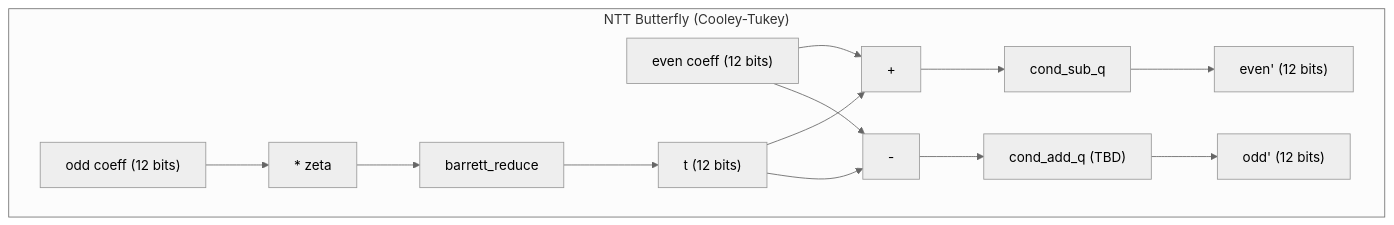
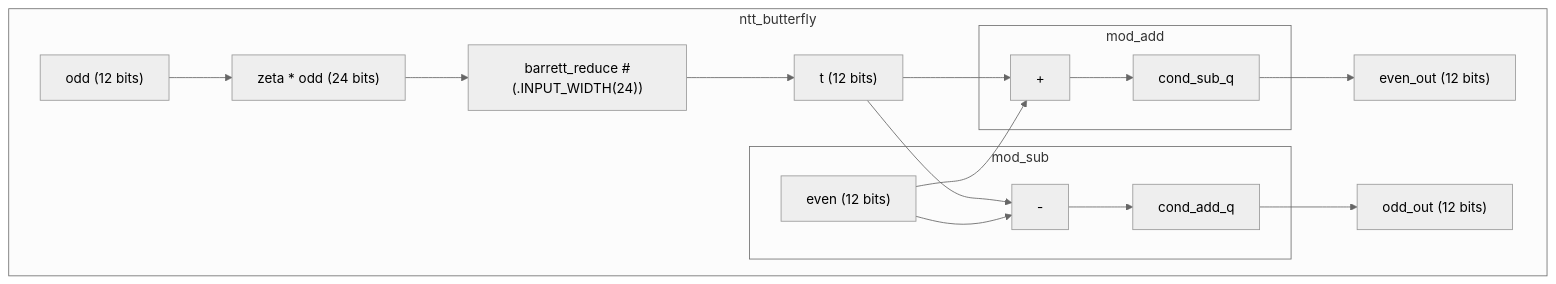
One commit to emersonmde/warp-core changed the second of 2 diagrams in docs/architecture.md. Above: the diagram before and after it, drawn with Mermaid (neutral theme). The commit also changed other lines of this file and 15 other files, not shown here.

First line of the commit message:
Milestone 2: NTT butterfly datapath

````diff
--- a/docs/architecture.md
+++ b/docs/architecture.md
@@ -38,16 +38,25 @@
 ```mermaid
 graph TD
-    subgraph "NTT Butterfly (Cooley-Tukey)"
-        EVEN["even coeff (12 bits)"] --> ADD["+"]
-        ODD["odd coeff (12 bits)"] --> ZMUL["* zeta"]
-        ZMUL --> REDUCE["barrett_reduce"]
-        REDUCE --> T_OUT["t (12 bits)"]
-        T_OUT --> ADD
-        T_OUT --> SUB2["-"]
-        EVEN --> SUB2
-        ADD --> CSQ_ADD["cond_sub_q"]
-        SUB2 --> CSQ_SUB["cond_add_q (TBD)"]
-        CSQ_ADD --> EVEN_OUT["even' (12 bits)"]
-        CSQ_SUB --> ODD_OUT["odd' (12 bits)"]
+    subgraph "ntt_butterfly"
+        EVEN["even (12 bits)"] --> ADD
+        ODD["odd (12 bits)"] --> ZMUL["zeta * odd (24 bits)"]
+        ZMUL --> BARRETT["barrett_reduce #(.INPUT_WIDTH(24))"]
+        BARRETT --> T["t (12 bits)"]
+
+        T --> ADD
+
+        subgraph "mod_add"
+            ADD["+"] --> CSQ["cond_sub_q"]
+        end
+
+        T --> SUB2
+
+        subgraph "mod_sub"
+            EVEN --> SUB2["-"]
+            SUB2 --> CAQ["cond_add_q"]
+        end
+
+        CSQ --> EVEN_OUT["even_out (12 bits)"]
+        CAQ --> ODD_OUT["odd_out (12 bits)"]
     end
 ```
````
